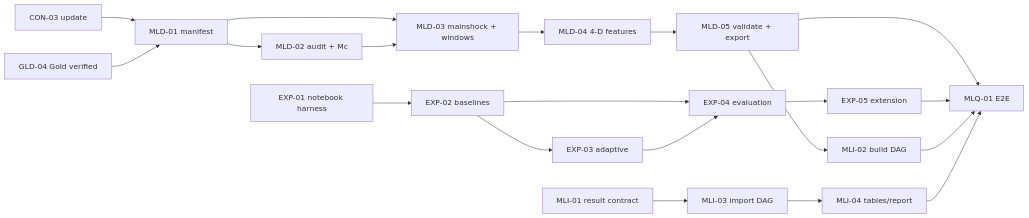
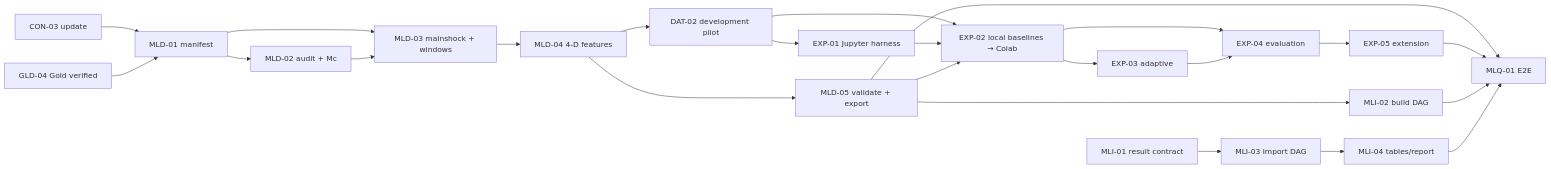
The second of 2 diagrams in docs/task/HDBSCAN_WORKSTREAM.md (HoaiTam/japan-earthquake-etl), drawn with Mermaid before and after one commit. The commit also changed other lines of this file and 32 other files, not shown here.

First line of the commit message:
docs(planning): define Jupyter-first pilot workflow (#72)

````diff
--- a/docs/task/HDBSCAN_WORKSTREAM.md
+++ b/docs/task/HDBSCAN_WORKSTREAM.md
@@ -77,24 +80,28 @@
 ```mermaid
 flowchart LR
     C03["CON-03 update"] --> M1["MLD-01 manifest"]
     G4["GLD-04 Gold verified"] --> M1
     M1 --> M2["MLD-02 audit + Mc"]
     M1 --> M3["MLD-03 mainshock + windows"]
     M2 --> M3
     M3 --> M4["MLD-04 4-D features"]
     M4 --> M5["MLD-05 validate + export"]
 
-    E1["EXP-01 notebook harness"] --> E2["EXP-02 baselines"]
+    M4 --> P["DAT-02 development pilot"]
+    P --> E1["EXP-01 Jupyter harness"]
+    P --> E2["EXP-02 local baselines → Colab"]
+    E1 --> E2
+    M5 --> E2
     E2 --> E3["EXP-03 adaptive"]
     E2 --> E4["EXP-04 evaluation"]
     E3 --> E4
     E4 --> E5["EXP-05 extension"]
 
     I1["MLI-01 result contract"] --> I3["MLI-03 import DAG"]
     M5 --> I2["MLI-02 build DAG"]
     I3 --> I4["MLI-04 tables/report"]
     M5 --> Q["MLQ-01 E2E"]
     E5 --> Q
     I2 --> Q
     I4 --> Q
 ```
````
